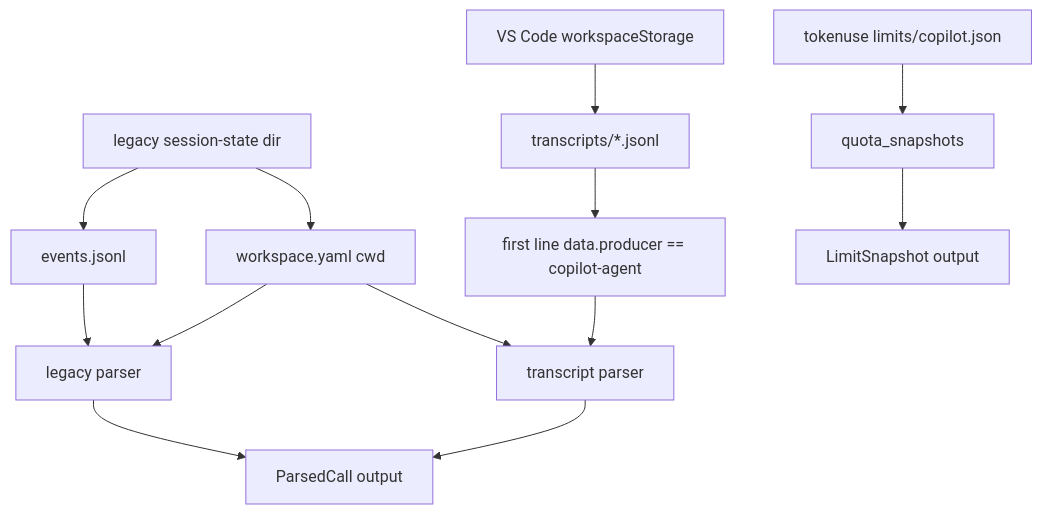
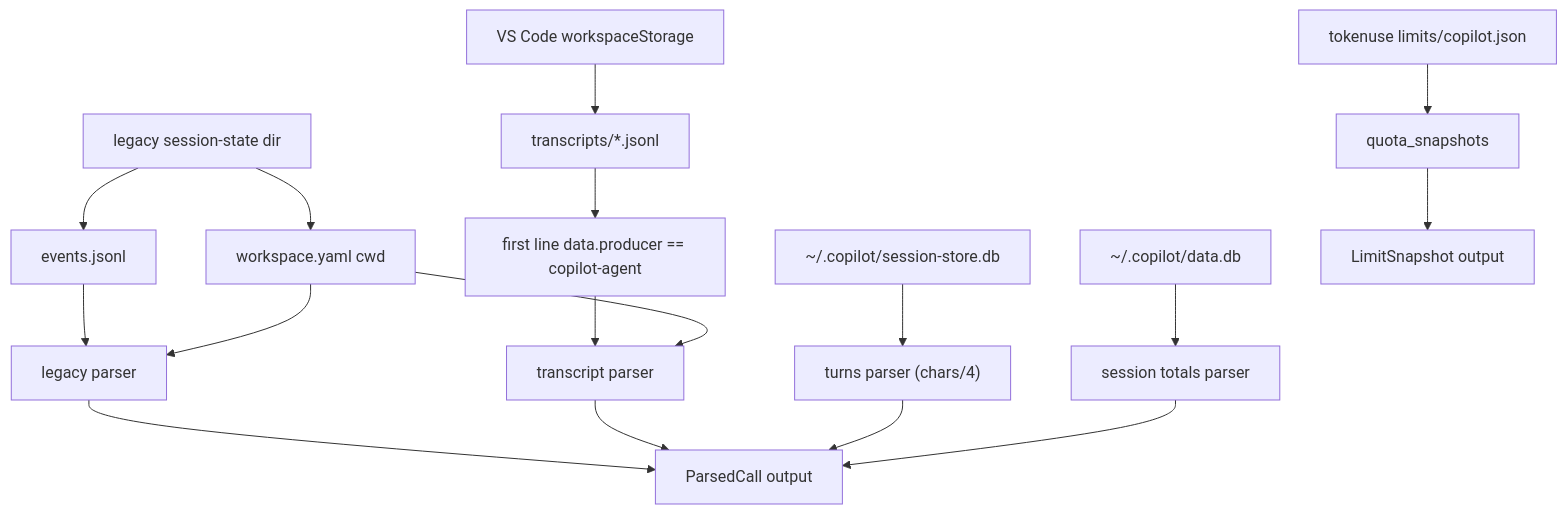
The first of 2 diagrams in docs/development/tools/copilot.md (russmckendrick/tokenuse), drawn with Mermaid before and after one commit. The commit also changed other lines of this file and 6 other files, not shown here.

````diff
--- a/docs/development/tools/copilot.md
+++ b/docs/development/tools/copilot.md
@@ -38,15 +52,19 @@
 ```mermaid
 flowchart TD
     A["legacy session-state dir"] --> B["events.jsonl"]
     A --> C["workspace.yaml cwd"]
     D["VS Code workspaceStorage"] --> E["transcripts/*.jsonl"]
     J["tokenuse limits/copilot.json"] --> K["quota_snapshots"]
+    M["~/.copilot/session-store.db"] --> N["turns parser (chars/4)"]
+    O["~/.copilot/data.db"] --> P["session totals parser"]
     E --> F["first line data.producer == copilot-agent"]
     B --> G["legacy parser"]
     F --> H["transcript parser"]
     C --> G
     C --> H
     G --> I["ParsedCall output"]
     H --> I
+    N --> I
+    P --> I
     K --> L["LimitSnapshot output"]
 ```
````
